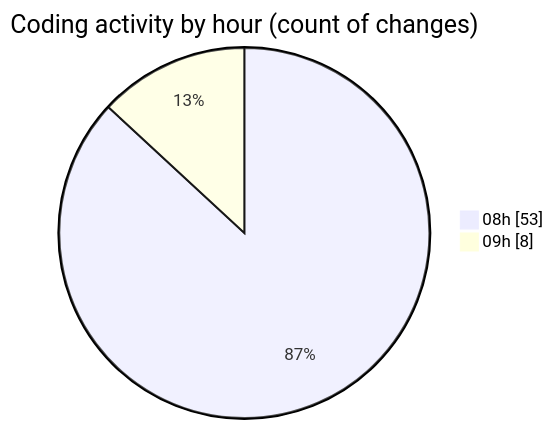
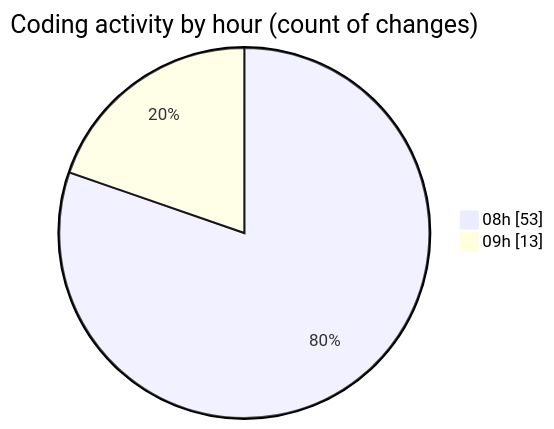
Before and after one commit to momahboobian/code-tracking: the second of 2 diagrams in 2026-05-01/cda/README.md, drawn with Mermaid. The commit also changed other lines of this file and 1 other file, not shown here.

````diff
--- a/2026-05-01/cda/README.md
+++ b/2026-05-01/cda/README.md
@@ -72,6 +72,6 @@
 ```mermaid
 pie showData
 title Coding activity by hour (count of changes)
 "08h" : 53
-"09h" : 8
+"09h" : 13
 ```
````
